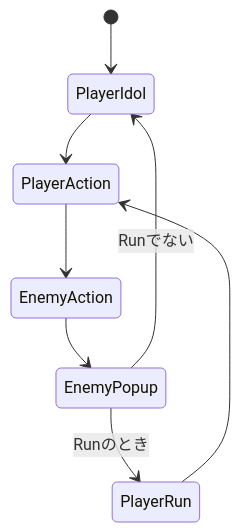
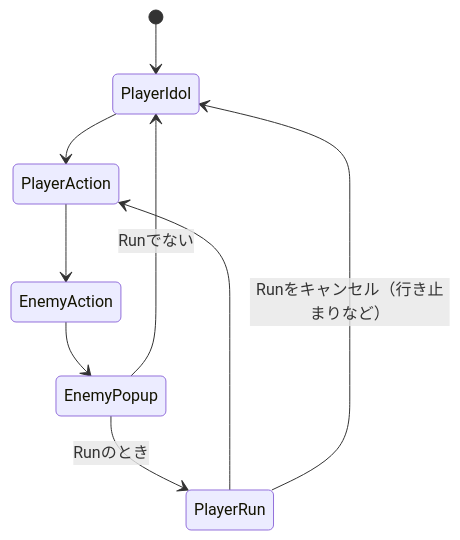
One commit to nowsprinting/RoguelikeExample changed the diagram in README.md. Above: the diagram before and after it, drawn with Mermaid. The commit also changed 3 other files, not shown here.

````diff
--- a/README.md
+++ b/README.md
@@ -21,11 +21,12 @@
 ```mermaid
 stateDiagram-v2
     [*] --> PlayerIdol
     PlayerIdol --> PlayerAction
     PlayerAction --> EnemyAction
     EnemyAction --> EnemyPopup
     EnemyPopup --> PlayerIdol: Runでない
 
     EnemyPopup --> PlayerRun: Runのとき
     PlayerRun --> PlayerAction
+    PlayerRun --> PlayerIdol: Runをキャンセル（行き止まりなど）
 ```
````
